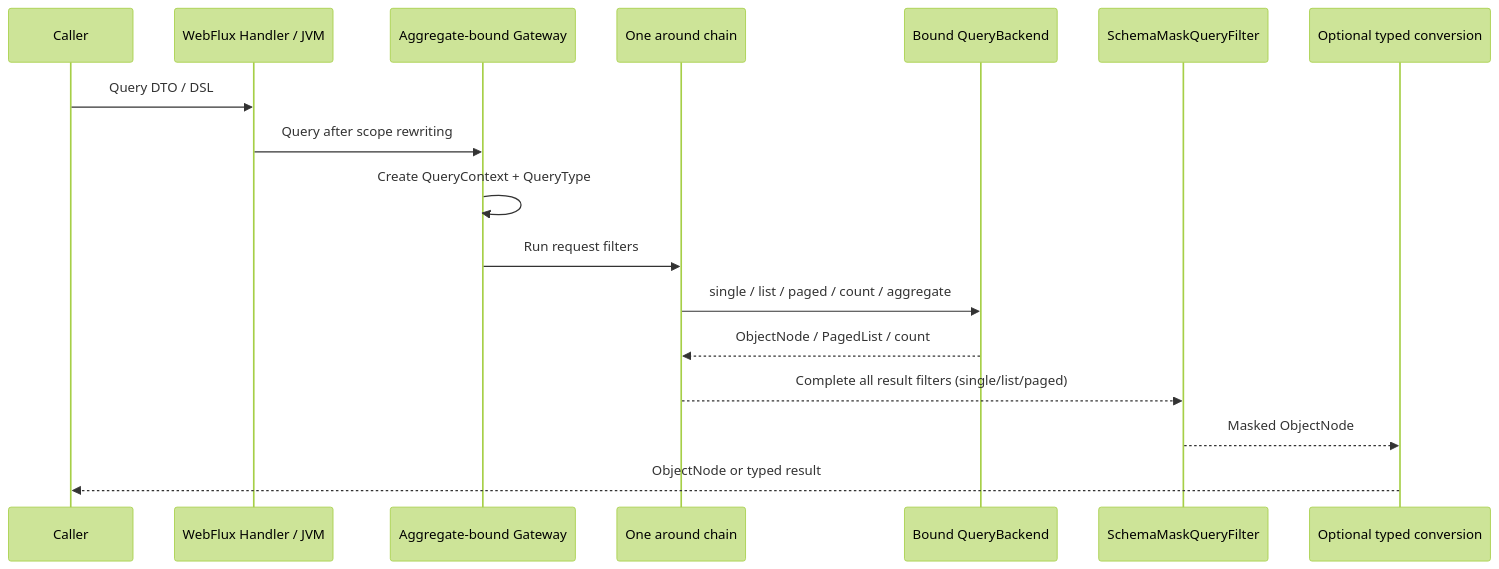
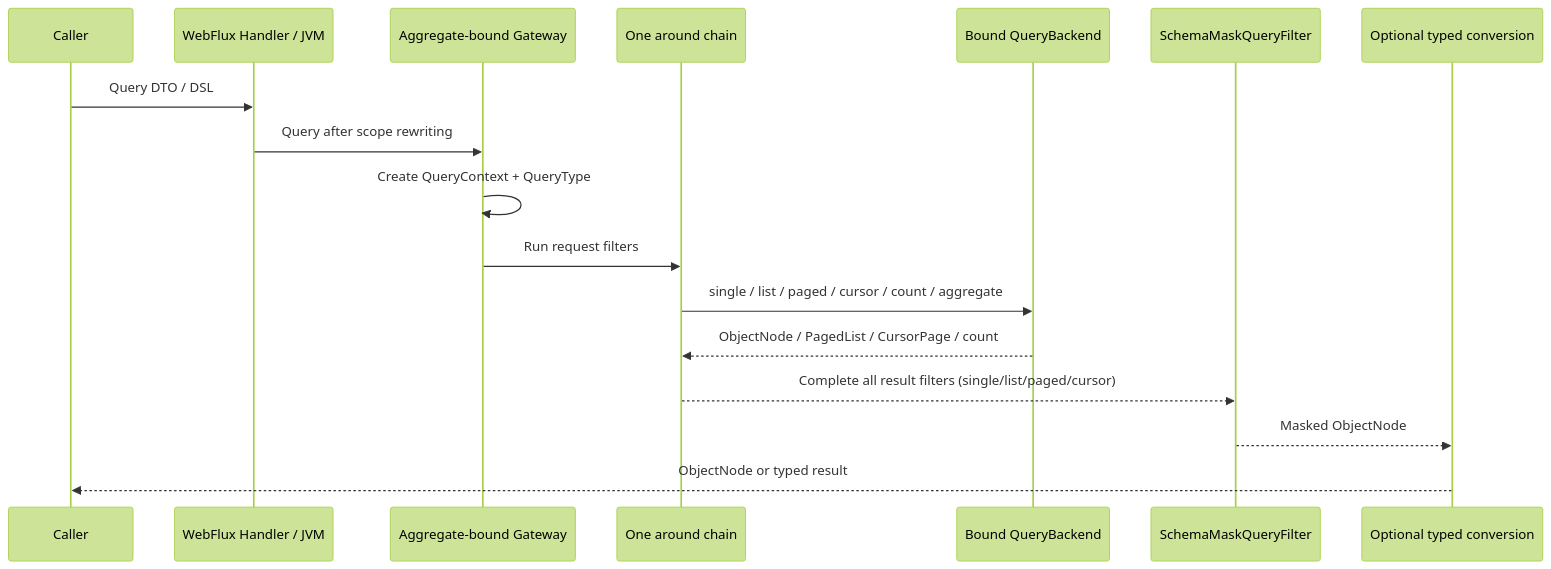
Before and after one commit to Ahoo-Wang/Wow: the diagram in documentation/docs/en/guide/query/query-gateway.md, drawn with Mermaid (forest theme). The commit also changed other lines of this file and 13 other files, not shown here.

````diff
--- a/documentation/docs/en/guide/query/query-gateway.md
+++ b/documentation/docs/en/guide/query/query-gateway.md
@@ -18,19 +18,19 @@
 ```mermaid
 sequenceDiagram
     participant Caller as Caller
     participant Entry as WebFlux Handler / JVM
     participant Gateway as Aggregate-bound Gateway
     participant Filters as One around chain
     participant Backend as Bound QueryBackend
     participant Mask as SchemaMaskQueryFilter
     participant Jackson as Optional typed conversion
     Caller->>Entry: Query DTO / DSL
     Entry->>Gateway: Query after scope rewriting
     Gateway->>Gateway: Create QueryContext + QueryType
     Gateway->>Filters: Run request filters
-    Filters->>Backend: single / list / paged / count / aggregate
-    Backend-->>Filters: ObjectNode / PagedList / count
-    Filters-->>Mask: Complete all result filters (single/list/paged)
+    Filters->>Backend: single / list / paged / cursor / count / aggregate
+    Backend-->>Filters: ObjectNode / PagedList / CursorPage / count
+    Filters-->>Mask: Complete all result filters (single/list/paged/cursor)
     Mask-->>Jackson: Masked ObjectNode
     Jackson-->>Caller: ObjectNode or typed result
 ```
````
